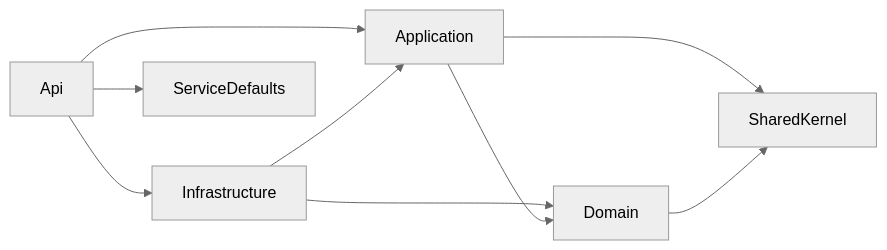
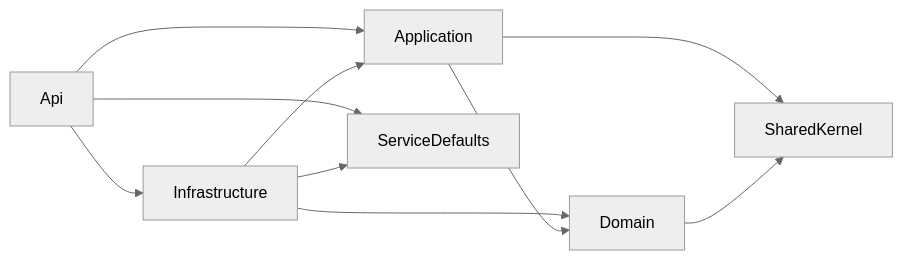
The diagram in docs/design/common-service.md (Kaito-Nishihara/EldenRing_Nightreign_Tools), drawn with Mermaid (neutral theme) before and after one commit. The commit also changed other lines of this file, not shown here.

First line of the commit message:
docs: Infrastructure が ServiceDefaults の永続化の部品を使えることを書く

````diff
--- a/docs/design/common-service.md
+++ b/docs/design/common-service.md
@@ -90,11 +92,12 @@
 ```mermaid
 flowchart LR
     Api --> Application
     Api --> Infrastructure
     Api --> SD[ServiceDefaults]
+    Infrastructure --> SD
     Infrastructure --> Application
     Infrastructure --> Domain
     Application --> Domain
     Application --> SK[SharedKernel]
     Domain --> SK
 ```
````
